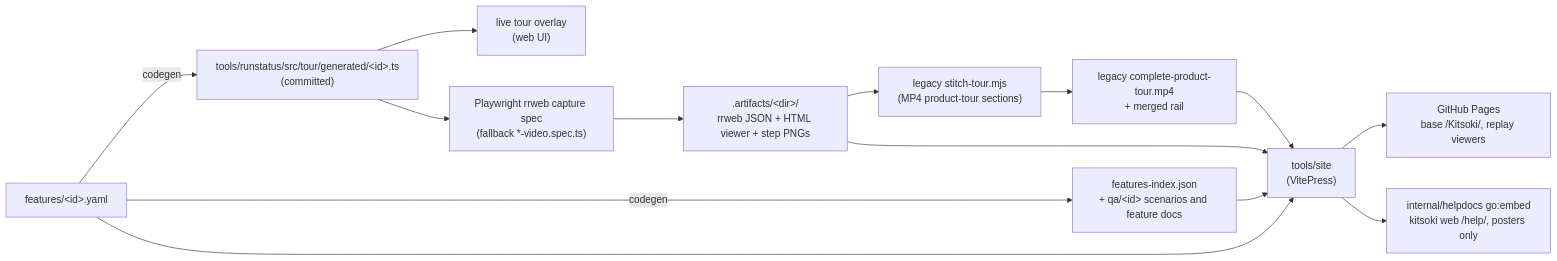
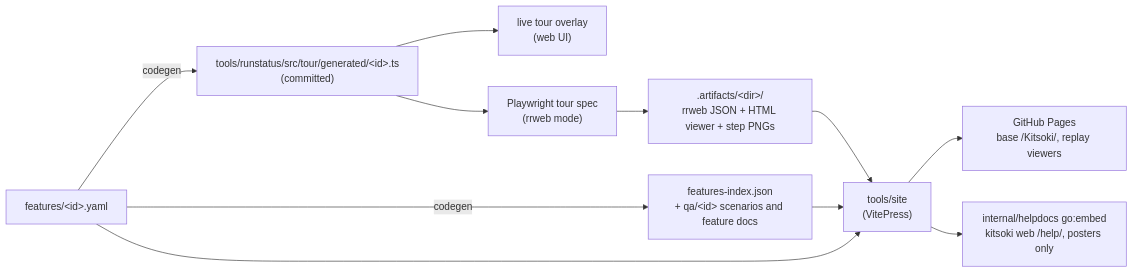
Before and after one commit to bsacrobatix/Kitsoki: the diagram in docs/site/README.md, drawn with Mermaid. The commit also changed other lines of this file and 51 other files, not shown here.

````diff
--- a/docs/site/README.md
+++ b/docs/site/README.md
@@ -5,27 +5,23 @@
 ```mermaid
 flowchart LR
     feature["features/&lt;id&gt;.yaml"]
     tour["tools/runstatus/src/tour/generated/&lt;id&gt;.ts<br/>(committed)"]
     overlay["live tour overlay<br/>(web UI)"]
-    spec["Playwright rrweb capture spec<br/>(fallback *-video.spec.ts)"]
+    spec["Playwright tour spec<br/>(rrweb mode)"]
     artifacts[".artifacts/&lt;dir&gt;/<br/>rrweb JSON + HTML viewer + step PNGs"]
-    stitch["legacy stitch-tour.mjs<br/>(MP4 product-tour sections)"]
-    master["legacy complete-product-tour.mp4<br/>+ merged rail"]
     index["features-index.json<br/>+ qa/&lt;id&gt; scenarios and feature docs"]
     site["tools/site<br/>(VitePress)"]
     pages["GitHub Pages<br/>base /Kitsoki/, replay viewers"]
     help["internal/helpdocs go:embed<br/>kitsoki web /help/, posters only"]
 
     feature -->|"codegen"| tour
     tour --> overlay
     tour --> spec
     spec --> artifacts
-    artifacts --> stitch --> master
     feature -->|"codegen"| index
     feature --> site
     index --> site
     artifacts --> site
-    master --> site
     site --> pages
     site --> help
 ```
````
